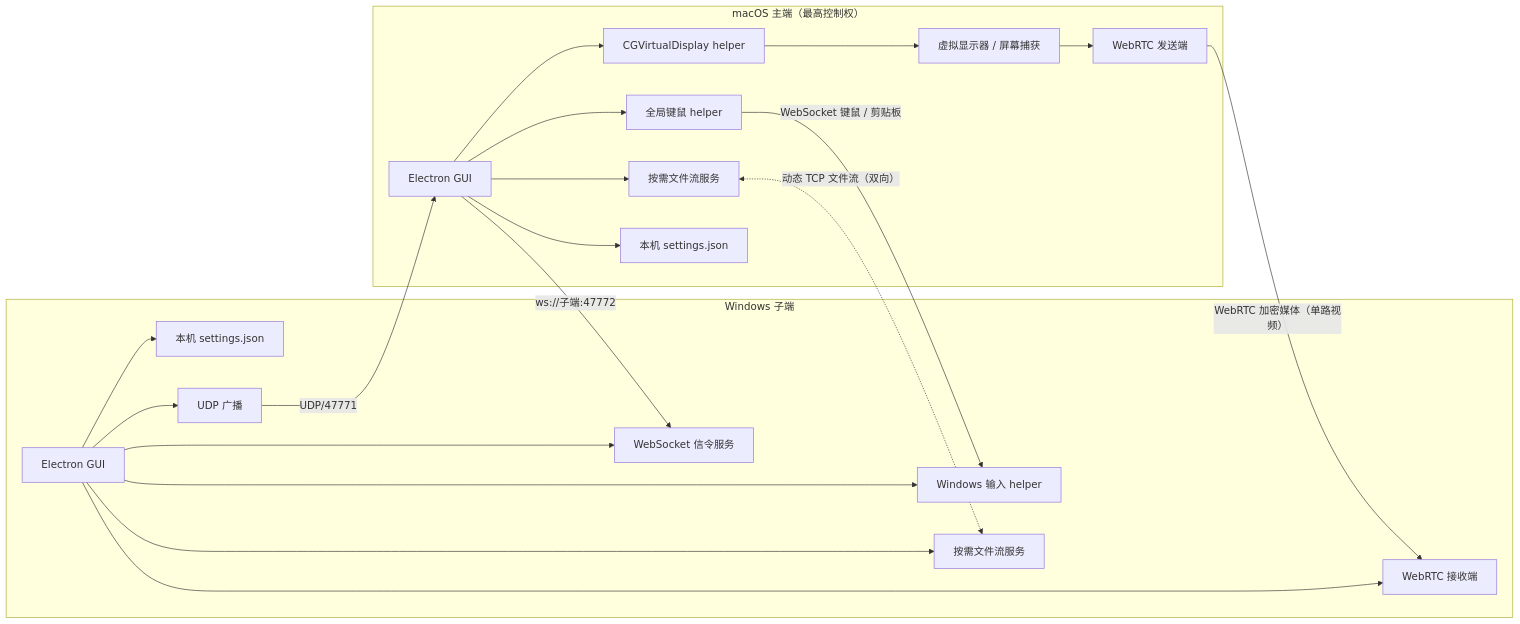
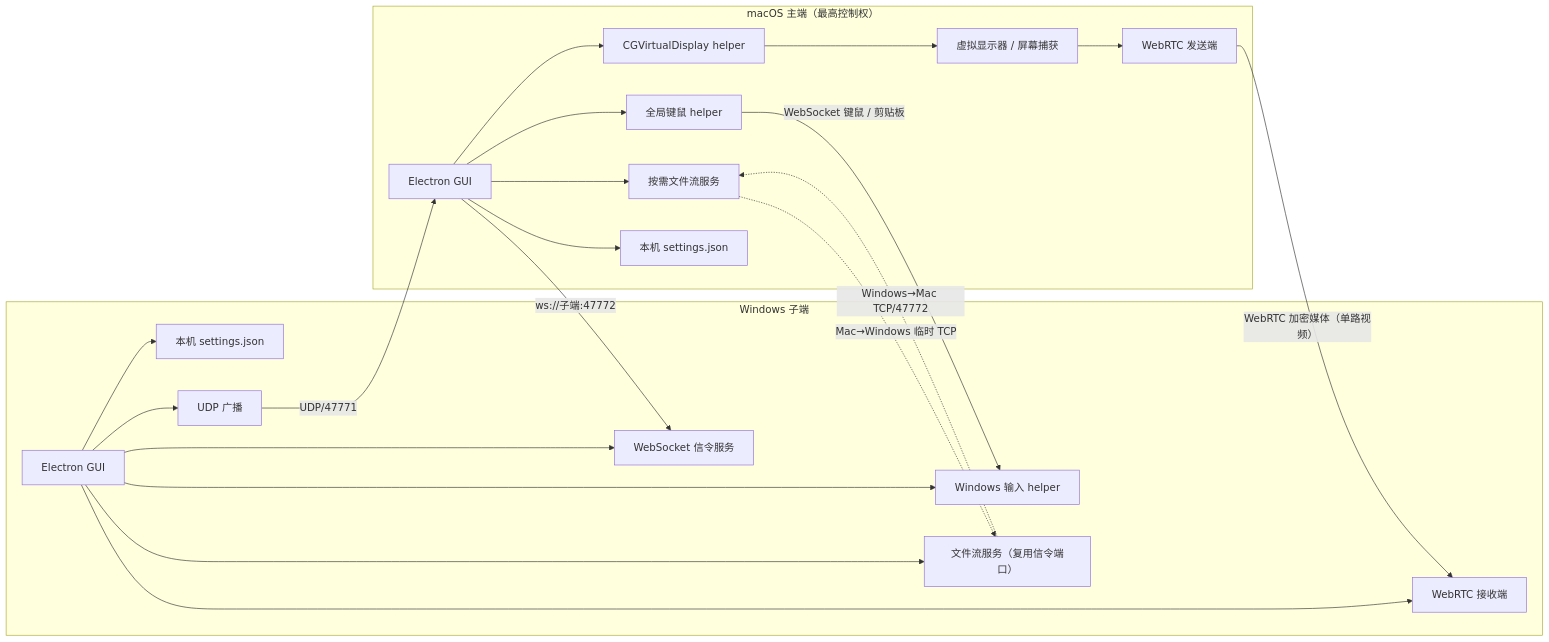
The diagram in README.md (Modole/LanExtend), drawn with Mermaid before and after one commit. The commit also changed other lines of this file and 14 other files, not shown here.

````diff
--- a/README.md
+++ b/README.md
@@ -100,24 +100,25 @@
 ```mermaid
 flowchart LR
   subgraph H["macOS 主端（最高控制权）"]
     GUIH["Electron GUI"] --> VD["CGVirtualDisplay helper"]
     GUIH --> IH["全局键鼠 helper"]
     GUIH --> FH["按需文件流服务"]
     VD --> CAP["虚拟显示器 / 屏幕捕获"]
     GUIH --> MEMH["本机 settings.json"]
     CAP --> RTC1["WebRTC 发送端"]
   end
   subgraph R["Windows 子端"]
     GUIR["Electron GUI"] --> RTCR["WebRTC 接收端"]
     GUIR --> IW["Windows 输入 helper"]
-    GUIR --> FR["按需文件流服务"]
+    GUIR --> FR["文件流服务（复用信令端口）"]
     GUIR --> MEMR["本机 settings.json"]
     GUIR --> ADV["UDP 广播"]
     GUIR --> SIG["WebSocket 信令服务"]
   end
   ADV -- "UDP/47771" --> GUIH
   GUIH -- "ws://子端:47772" --> SIG
   RTC1 -- "WebRTC 加密媒体（单路视频）" --> RTCR
   IH -- "WebSocket 键鼠 / 剪贴板" --> IW
-  FH <-. "动态 TCP 文件流（双向）" .-> FR
+  FR -. "Windows→Mac TCP/47772" .-> FH
+  FH -. "Mac→Windows 临时 TCP" .-> FR
 ```
````
